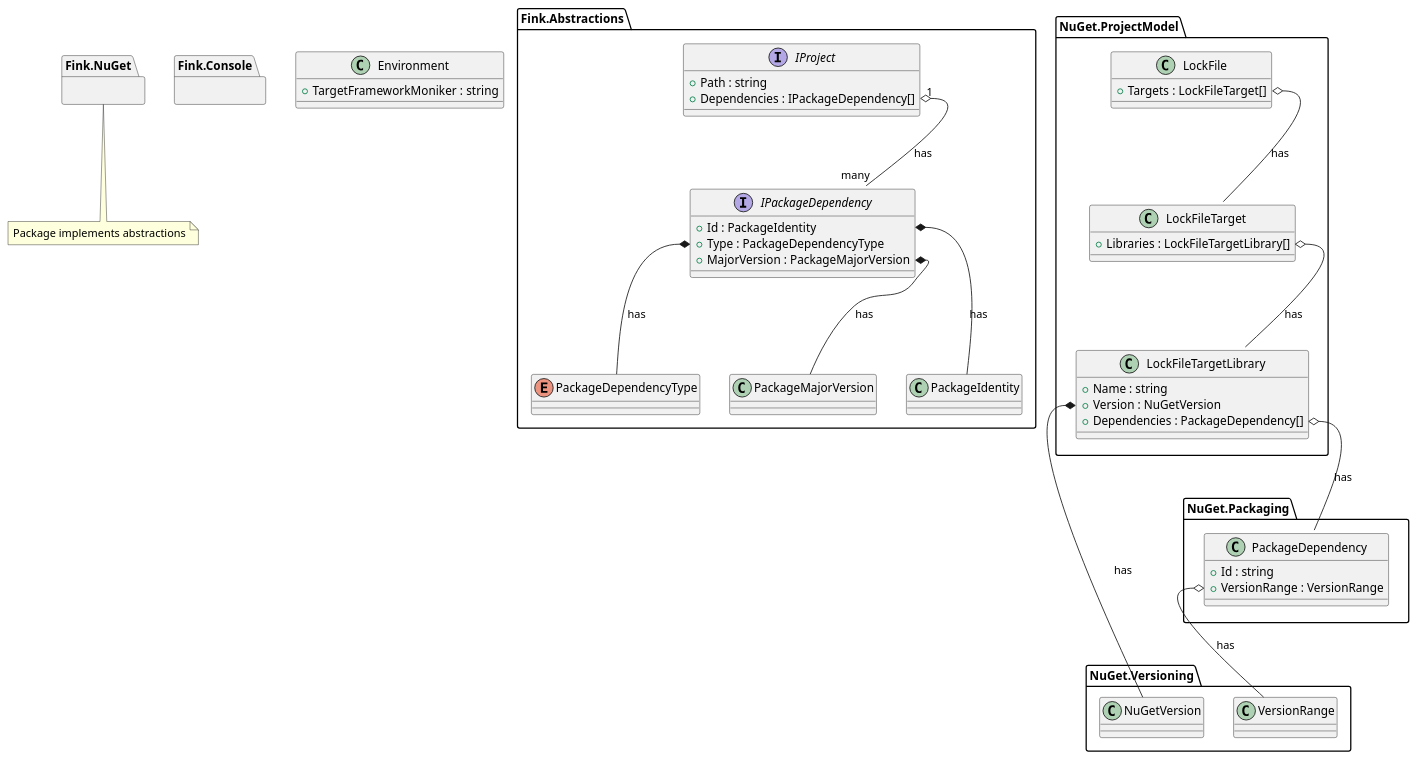
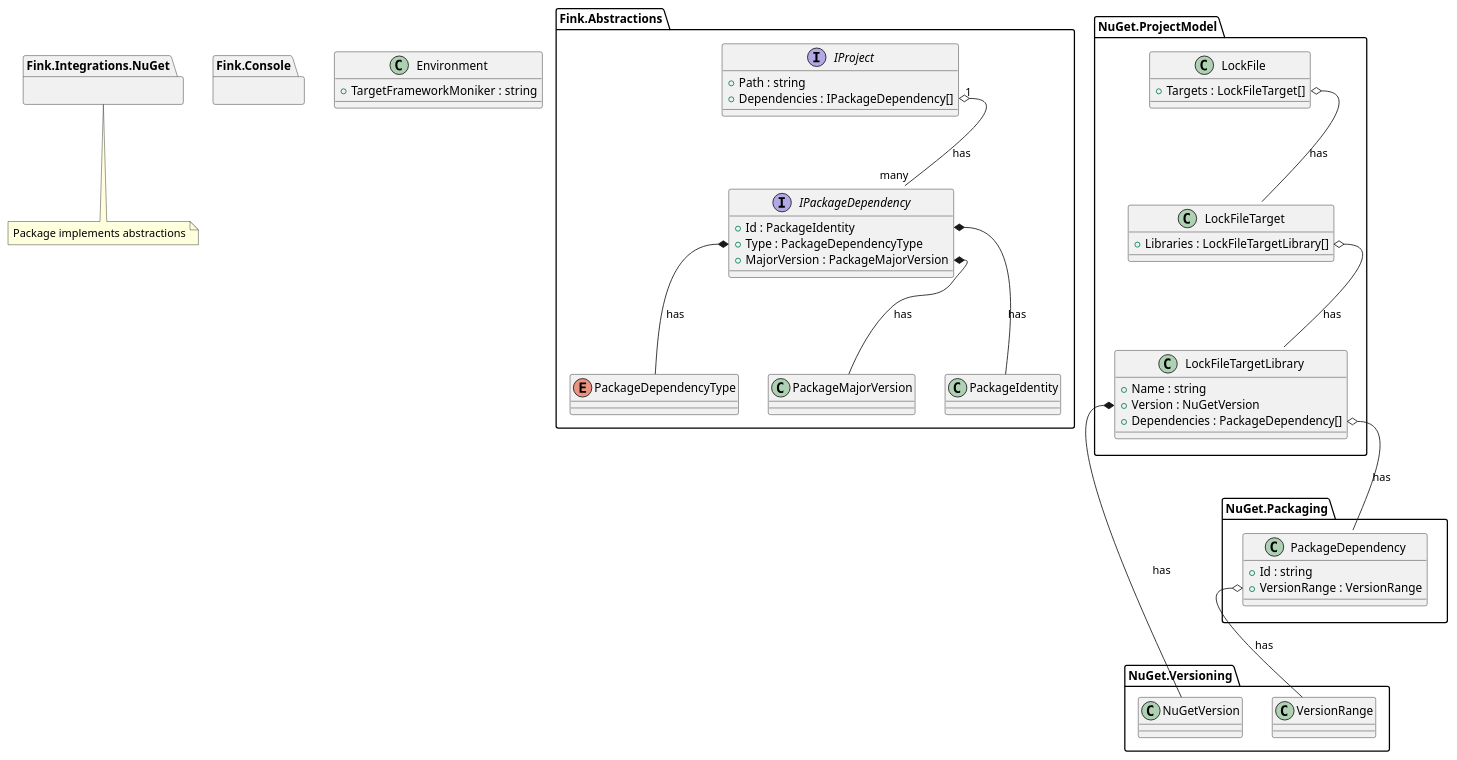
Before and after one commit to tarurar/fink: the diagram in docs/classes.plantuml, drawn with PlantUML. The commit also changed 3 other files, not shown here.

Commit message:
refactor(3): rename Fink.NuGet to Fink.Integrations.NuGet and update references

```diff
--- a/docs/classes.plantuml
+++ b/docs/classes.plantuml
@@ -1,89 +1,89 @@
 @startuml Fink Classes
 
 class Environment {
     + TargetFrameworkMoniker : string
 }
 
 set separator none
 package "Fink.Abstractions" {
     interface IProject {
         + Path : string
         + Dependencies : IPackageDependency[]
     }
 
     interface IPackageDependency {
         + Id : PackageIdentity
         + Type : PackageDependencyType
         + MajorVersion : PackageMajorVersion
     }
 
     enum PackageDependencyType {
 
     }
 
     class PackageMajorVersion {
 
     }
 
     class PackageIdentity {
 
     }
 
     IProject::Dependencies "1" o-- "many" IPackageDependency : has
     IPackageDependency::Type *-- PackageDependencyType : has
     IPackageDependency::MajorVersion *-- PackageMajorVersion : has
     IPackageDependency::Id *-- PackageIdentity : has
 }
 
-package "Fink.NuGet" {
+package "Fink.Integrations.NuGet" {
 
 }
 note "Package implements abstractions" as N1
-"Fink.NuGet"..N1
+"Fink.Integrations.NuGet"..N1
 
 package "Fink.Console" {
 
 }
 
 package "NuGet.ProjectModel" {
     class LockFile {
         + Targets : LockFileTarget[]
     }
 
     class LockFileTarget {
         + Libraries : LockFileTargetLibrary[]
     }
 
     class LockFileTargetLibrary {
         + Name : string
         + Version : NuGetVersion
         + Dependencies : PackageDependency[]
     }
 
     enum PackageDependencyType {
     }
 
     LockFile::Targets o-- LockFileTarget : has
     LockFileTarget::Libraries o-- LockFileTargetLibrary : has
 }
 
 package "NuGet.Versioning" {
     class NuGetVersion {
     }
 
     class VersionRange {
     }
 }
 
 package "NuGet.Packaging" {
     class PackageDependency {
         + Id : string
         + VersionRange : VersionRange
     }
 }
 
 LockFileTargetLibrary::Version *-- NuGetVersion : has
 LockFileTargetLibrary::Dependencies o-- PackageDependency : has
 PackageDependency::VersionRange o-- VersionRange : has
 
 @enduml
```
